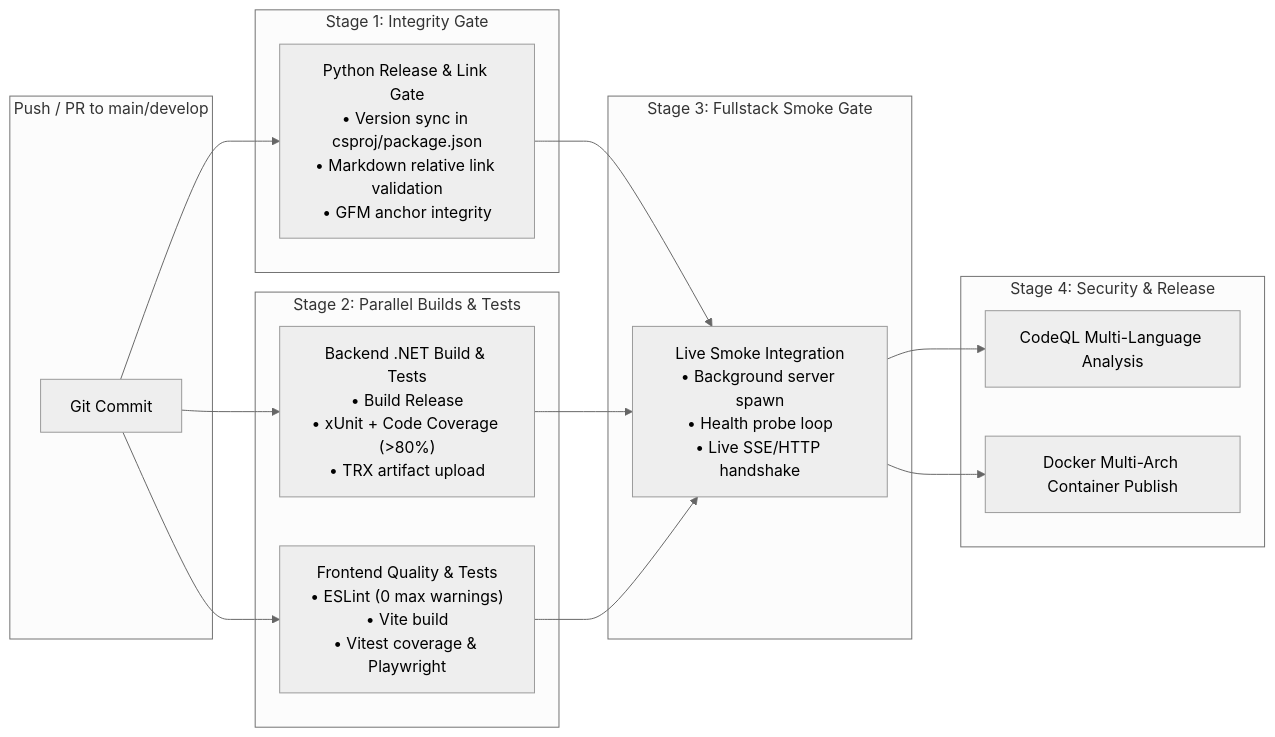
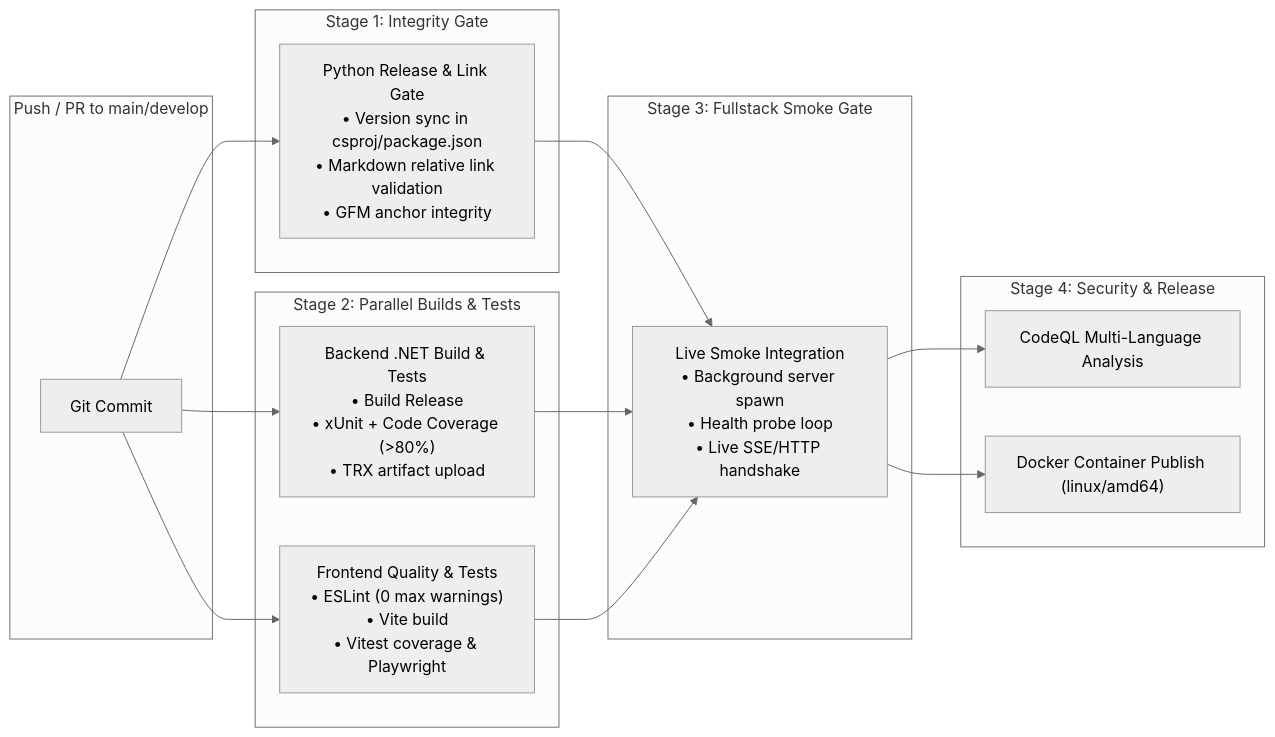
Before and after one commit to spelech/AgenticEngineeringToolbelt: the diagram in standards/CI_CD_PIPELINES.md, drawn with Mermaid (neutral theme). The commit also changed other lines of this file and 2 other files, not shown here.

Commit message:
chore(ci): standardize strictly on native linux/amd64 and remove QEMU/arm64

````diff
--- a/standards/CI_CD_PIPELINES.md
+++ b/standards/CI_CD_PIPELINES.md
@@ -9,30 +9,30 @@
 ```mermaid
 flowchart LR
     subgraph Trigger["Push / PR to main/develop"]
         Commit["Git Commit"]
     end
 
     subgraph S1["Stage 1: Integrity Gate"]
         G1["Python Release & Link Gate<br>• Version sync in csproj/package.json<br>• Markdown relative link validation<br>• GFM anchor integrity"]
     end
 
     subgraph S2["Stage 2: Parallel Builds & Tests"]
         G2A["Backend .NET Build & Tests<br>• Build Release<br>• xUnit + Code Coverage (>80%)<br>• TRX artifact upload"]
         G2B["Frontend Quality & Tests<br>• ESLint (0 max warnings)<br>• Vite build<br>• Vitest coverage & Playwright"]
     end
 
     subgraph S3["Stage 3: Fullstack Smoke Gate"]
         G3["Live Smoke Integration<br>• Background server spawn<br>• Health probe loop<br>• Live SSE/HTTP handshake"]
     end
 
     subgraph S4["Stage 4: Security & Release"]
         G4A["CodeQL Multi-Language Analysis"]
-        G4B["Docker Multi-Arch Container Publish"]
+        G4B["Docker Container Publish (linux/amd64)"]
     end
 
     Commit --> G1
     Commit --> G2A
     Commit --> G2B
     G1 & G2A & G2B --> G3
     G3 --> G4A & G4B
 ```
````
